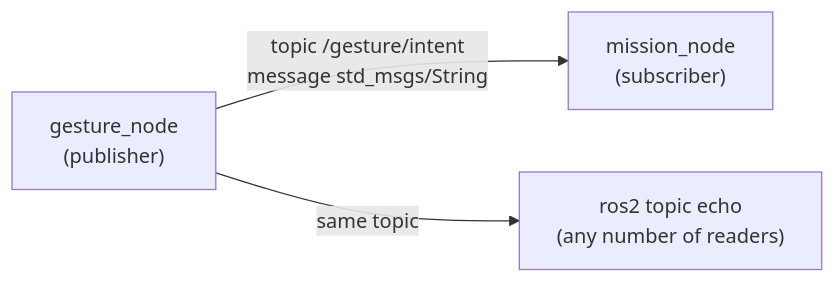
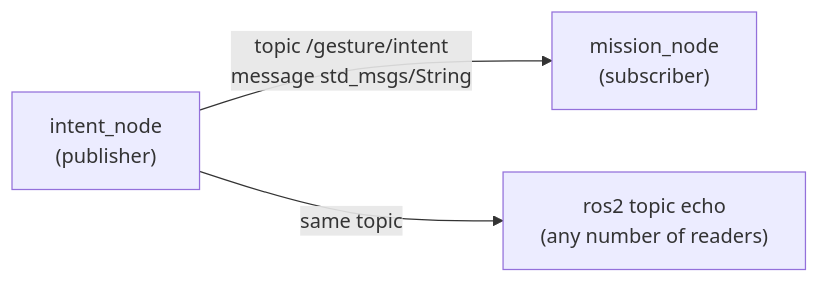
Before and after one commit to SEAME-pt/SEA-ME_Team1_ROSRangers: the diagram in docs/PraticalPlan/06 Gestures/02 ROS 2 Nodes - Install and Test.md, drawn with Mermaid. The commit also changed other lines of this file and 21 other files, not shown here.

````diff
--- a/docs/PraticalPlan/06 Gestures/02 ROS 2 Nodes - Install and Test.md
+++ b/docs/PraticalPlan/06 Gestures/02 ROS 2 Nodes - Install and Test.md
@@ -50,5 +50,5 @@
 ```mermaid
 flowchart LR
-  A["gesture_node<br/>(publisher)"] -->|"topic /gesture/intent<br/>message std_msgs/String"| B["mission_node<br/>(subscriber)"]
+  A["intent_node<br/>(publisher)"] -->|"topic /gesture/intent<br/>message std_msgs/String"| B["mission_node<br/>(subscriber)"]
   A -->|same topic| C["ros2 topic echo<br/>(any number of readers)"]
 ```
````
